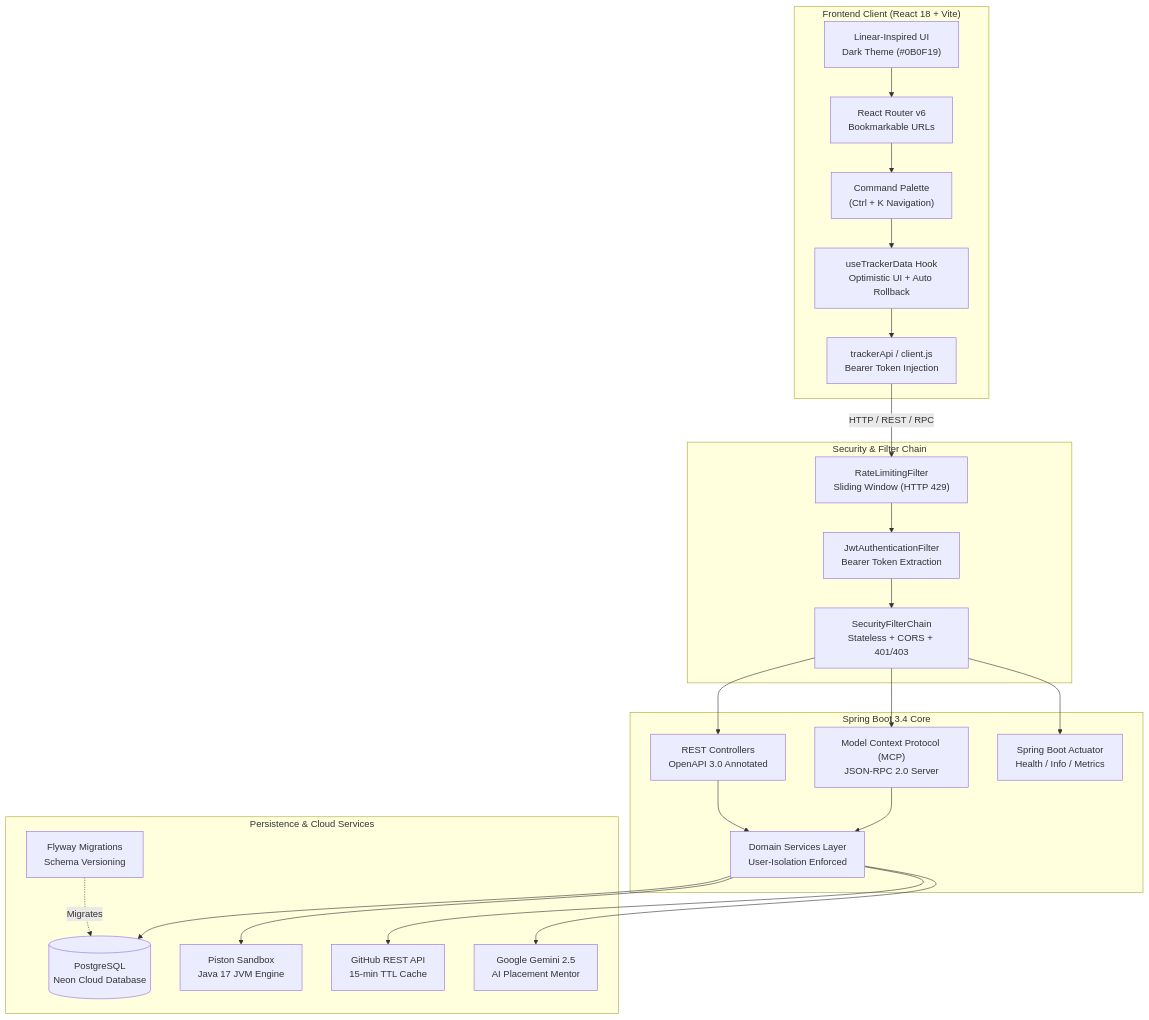
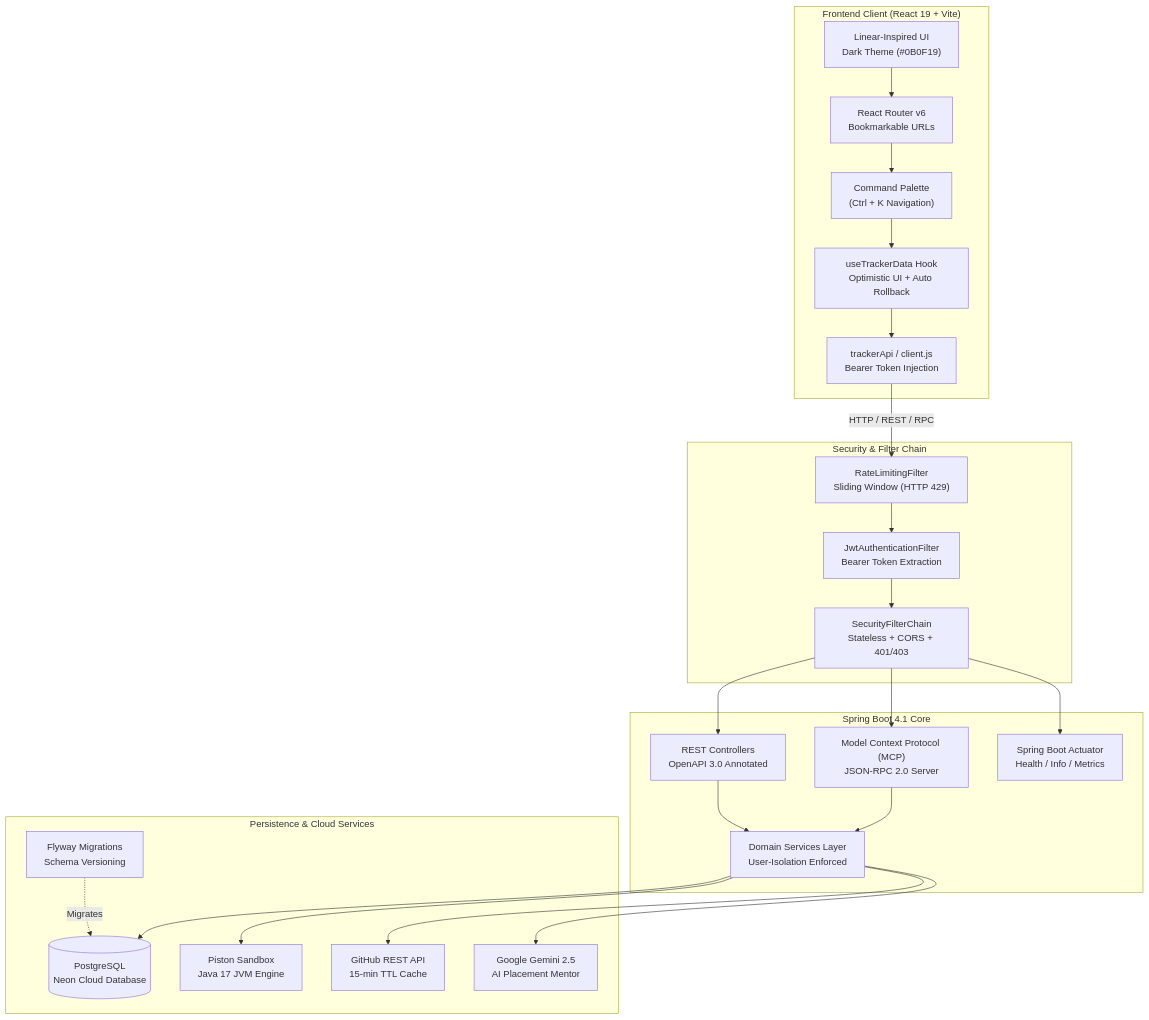
The first of 2 diagrams in README.md (Satyamshiv0079/java-study-tracker), drawn with Mermaid before and after one commit. The commit also changed other lines of this file and 5 other files, not shown here.

````diff
--- a/README.md
+++ b/README.md
@@ -132,52 +133,52 @@
 ```mermaid
 flowchart TD
-    subgraph Client["Frontend Client (React 18 + Vite)"]
+    subgraph Client["Frontend Client (React 19 + Vite)"]
         UI["Linear-Inspired UI\nDark Theme (#0B0F19)"]
         Router["React Router v6\nBookmarkable URLs"]
         CmdK["Command Palette\n(Ctrl + K Navigation)"]
         State["useTrackerData Hook\nOptimistic UI + Auto Rollback"]
         ApiClient["trackerApi / client.js\nBearer Token Injection"]
     end
 
     subgraph Gateway["Security & Filter Chain"]
         RateLimit["RateLimitingFilter\nSliding Window (HTTP 429)"]
         JwtFilter["JwtAuthenticationFilter\nBearer Token Extraction"]
         SecConfig["SecurityFilterChain\nStateless + CORS + 401/403"]
     end
 
-    subgraph Backend["Spring Boot 3.4 Core"]
+    subgraph Backend["Spring Boot 4.1 Core"]
         Controllers["REST Controllers\nOpenAPI 3.0 Annotated"]
         McpServer["Model Context Protocol (MCP)\nJSON-RPC 2.0 Server"]
         Services["Domain Services Layer\nUser-Isolation Enforced"]
         Actuator["Spring Boot Actuator\nHealth / Info / Metrics"]
     end
 
     subgraph DataStore["Persistence & Cloud Services"]
         Flyway["Flyway Migrations\nSchema Versioning"]
         DB[("PostgreSQL\nNeon Cloud Database")]
         Piston["Piston Sandbox\nJava 17 JVM Engine"]
         GitHub["GitHub REST API\n15-min TTL Cache"]
         Gemini["Google Gemini 2.5\nAI Placement Mentor"]
     end
 
     UI --> Router
     Router --> CmdK
     CmdK --> State
     State --> ApiClient
     ApiClient -->|HTTP / REST / RPC| RateLimit
 
     RateLimit --> JwtFilter
     JwtFilter --> SecConfig
     SecConfig --> Controllers
     SecConfig --> McpServer
     SecConfig --> Actuator
 
     Controllers --> Services
     McpServer --> Services
     Services --> DB
     Flyway -.->|Migrates| DB
 
     Services --> Piston
     Services --> GitHub
     Services --> Gemini
 ```
````
